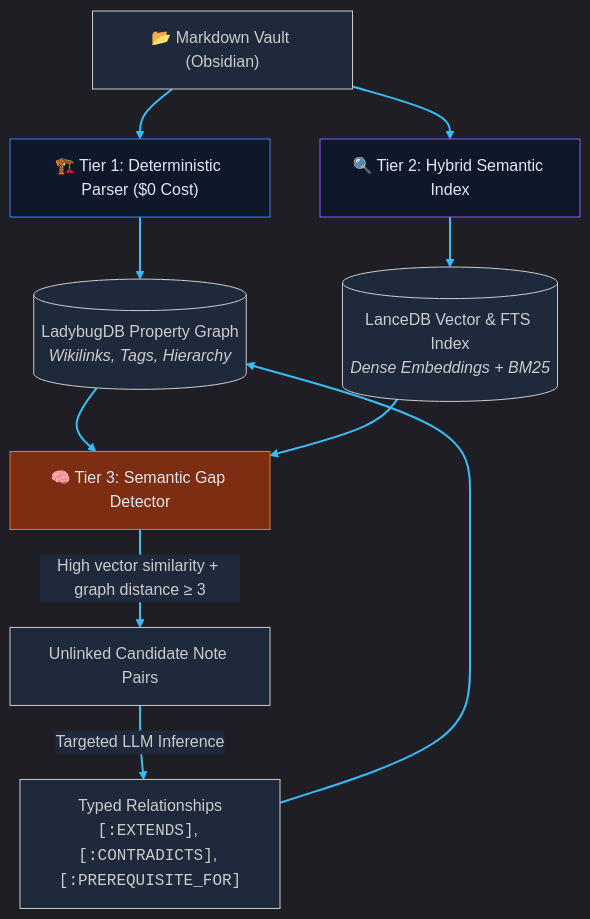
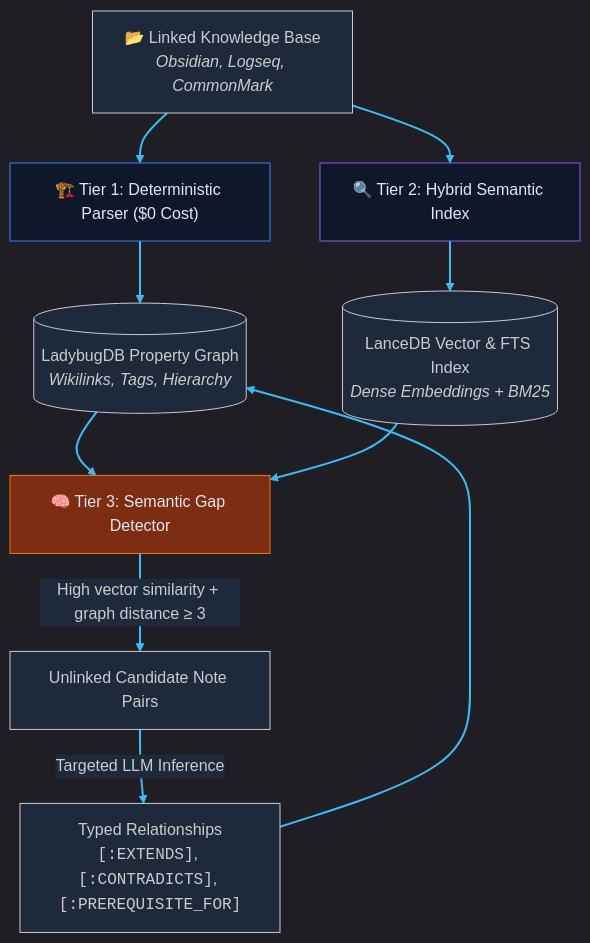
Before and after one commit to dev-hashemi/pkmrag: the diagram in README.md, drawn with Mermaid. The commit also changed other lines of this file and 13 other files, not shown here.

````diff
--- a/README.md
+++ b/README.md
@@ -23,22 +23,22 @@
 ```mermaid
 %%{init: {'theme': 'dark', 'themeVariables': { 'darkMode': true, 'background': 'transparent', 'mainBkg': '#1e293b', 'primaryColor': '#1e293b', 'primaryBorderColor': '#3b82f6', 'primaryTextColor': '#f8fafc', 'lineColor': '#38bdf8', 'edgeLabelBackground': '#1e293b' }}}%%
 flowchart TD
-    Vault["📂 Markdown Vault (Obsidian)"]
+    Vault["📂 Linked Knowledge Base<br/><i>Obsidian, Logseq, CommonMark</i>"]
 
     Vault --> T1["🏗️ Tier 1: Deterministic Parser ($0 Cost)"]
     T1 --> BaseGraph[("LadybugDB Property Graph<br/><i>Wikilinks, Tags, Hierarchy</i>")]
 
     Vault --> T2["🔍 Tier 2: Hybrid Semantic Index"]
     T2 --> Lance[("LanceDB Vector & FTS Index<br/><i>Dense Embeddings + BM25</i>")]
 
     BaseGraph --> T3["🧠 Tier 3: Semantic Gap Detector"]
     Lance --> T3
     T3 -->|"High vector similarity + graph distance ≥ 3"| Candidates["Unlinked Candidate Note Pairs"]
     Candidates -->|"Targeted LLM Inference"| TypedEdges["Typed Relationships<br/><code>[:EXTENDS]</code>, <code>[:CONTRADICTS]</code>, <code>[:PREREQUISITE_FOR]</code>"]
     TypedEdges --> BaseGraph
 
     style T1 fill:#0f172a,stroke:#3b82f6,color:#e2e8f0
     style T2 fill:#0f172a,stroke:#8b5cf6,color:#e2e8f0
     style T3 fill:#7c2d12,stroke:#f97316,color:#e2e8f0
     linkStyle default stroke:#38bdf8,stroke-width:2px;
 ```
````
